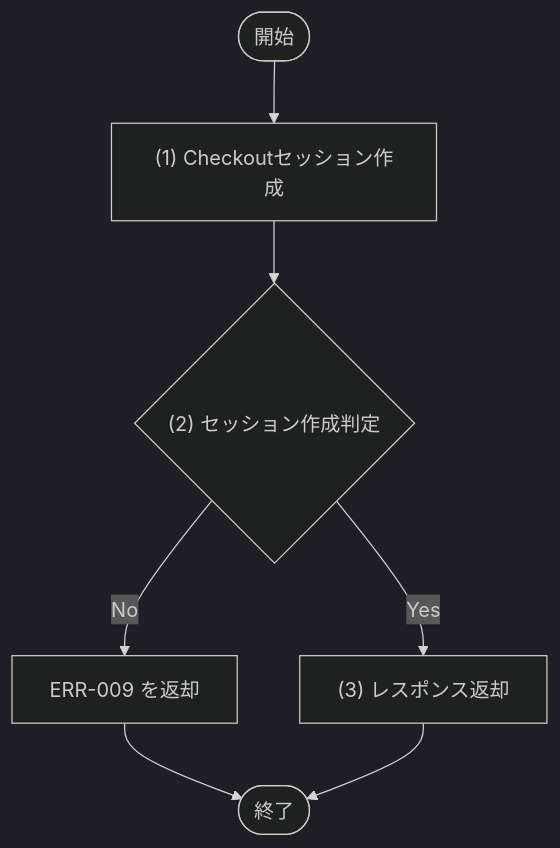
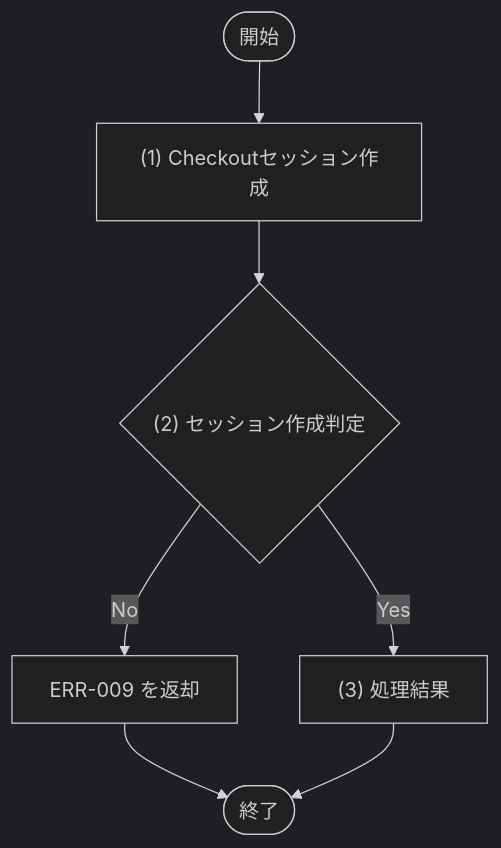
The diagram in docs/02_機能設計/03_API設計/API-010_支払い方法登録セッション作成.md (sikakou54/system-document-template), drawn with Mermaid (dark theme) before and after one commit. The commit also changed other lines of this file and 22 other files, not shown here.

````diff
--- a/docs/02_機能設計/03_API設計/API-010_支払い方法登録セッション作成.md
+++ b/docs/02_機能設計/03_API設計/API-010_支払い方法登録セッション作成.md
@@ -37,13 +37,13 @@
 ```mermaid
 flowchart TD
   Start([開始])
   P1["(1) Checkoutセッション作成"]
   D1{"(2) セッション作成判定"}
   E1["ERR-009 を返却"]
-  P2["(3) レスポンス返却"]
+  P2["(3) 処理結果"]
   End([終了])
 
   Start --> P1 --> D1
   D1 -- "No" --> E1 --> End
   D1 -- "Yes" --> P2 --> End
 ```
````
